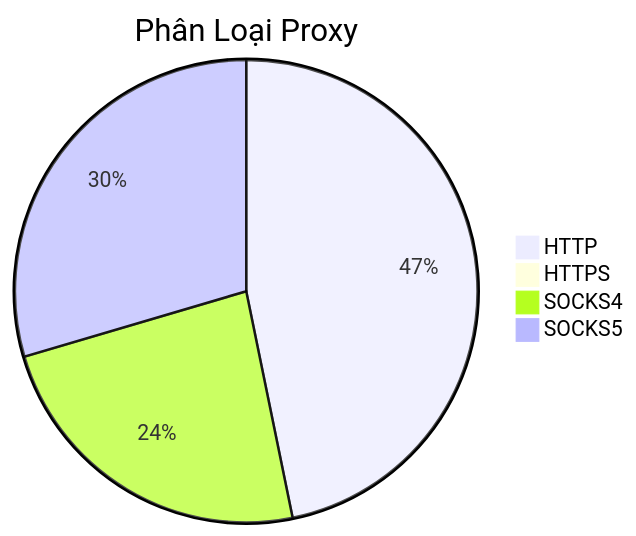
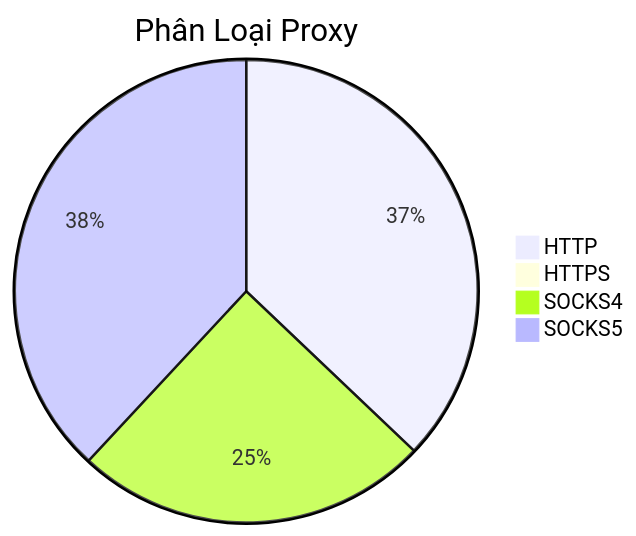
Before and after one commit to Ciara-12/PROXY-free: the diagram in README.md, drawn with Mermaid. The commit also changed other lines of this file and 4 other files, not shown here.

````diff
--- a/README.md
+++ b/README.md
@@ -26,7 +26,7 @@
 ```mermaid
 pie title Phân Loại Proxy
-    "HTTP" : 633
-    "HTTPS" : 1
-    "SOCKS4" : 320
-    "SOCKS5" : 400
+    "HTTP" : 381
+    "HTTPS" : 0
+    "SOCKS4" : 255
+    "SOCKS5" : 391
 ```
````
